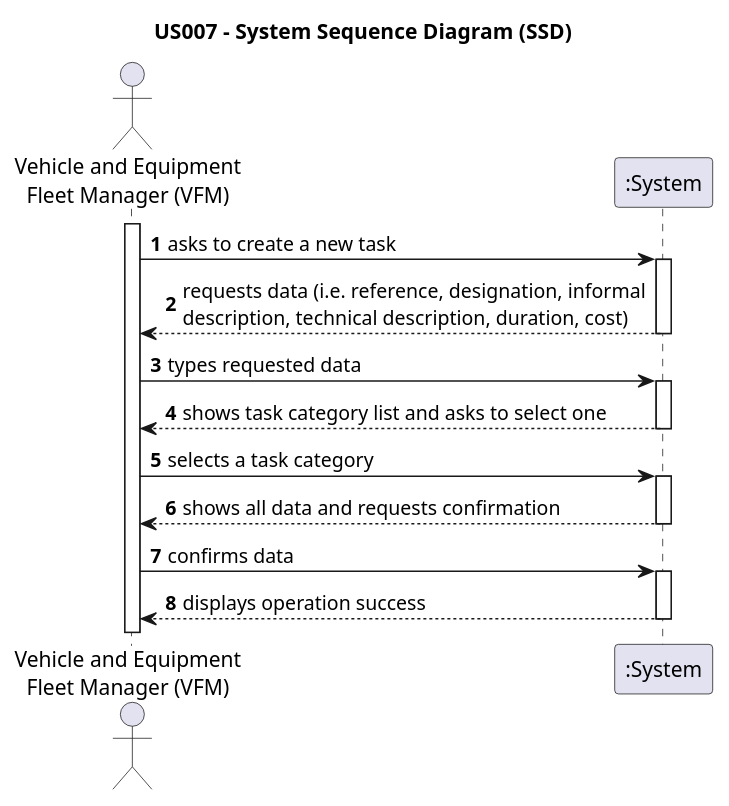
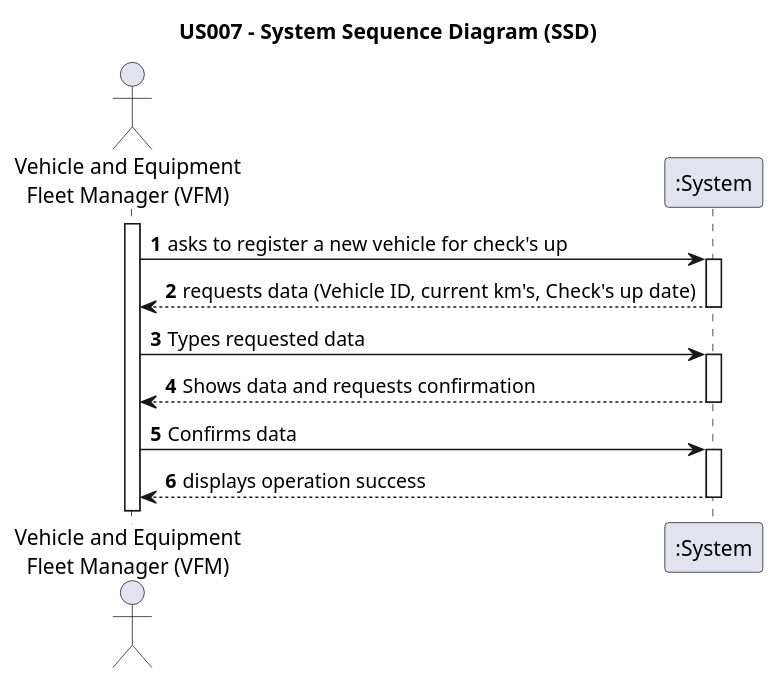
One commit to Mendoncaa/LAPR2 changed the diagram in docs/sprintA/US007/01.requirements-engineering/puml/us007-system-sequence-diagram-alternative-one.puml. Above: the diagram before and after it, drawn with PlantUML.

Commit message:
Uptadted SSD US007

```diff
--- a/docs/sprintA/US007/01.requirements-engineering/puml/us007-system-sequence-diagram-alternative-one.puml
+++ b/docs/sprintA/US007/01.requirements-engineering/puml/us007-system-sequence-diagram-alternative-one.puml
@@ -1,39 +1,35 @@
 @startuml
 skinparam monochrome false
 skinparam packageStyle rectangle
 skinparam shadowing false
 
 title US007 - System Sequence Diagram (SSD)
 
 autonumber
 
 actor "Vehicle and Equipment\nFleet Manager (VFM)" as VFM
 participant ":System" as System
 
 activate VFM
 
-    VFM -> System : asks to create a new task
+    VFM -> System : asks to register a new vehicle for check's up
     activate System
 
-        System --> VFM : requests data (i.e. reference, designation, informal\ndescription, technical description, duration, cost)
+        System --> VFM : requests data (Vehicle ID, current km's, Check's up date)
     deactivate System
 
-    VFM -> System : types requested data
+    VFM -> System : Types requested data
     activate System
 
-        System --> VFM : shows task category list and asks to select one
+        System --> VFM : Shows data and requests confirmation
     deactivate System
 
-    VFM -> System : selects a task category
-    activate System
-
-        System --> VFM : shows all data and requests confirmation
-    deactivate System
-
-    VFM -> System : confirms data
+    VFM -> System : Confirms data
     activate System
 
         System --> VFM : displays operation success
     deactivate System
 
+    deactivate System
+
 @enduml
```
